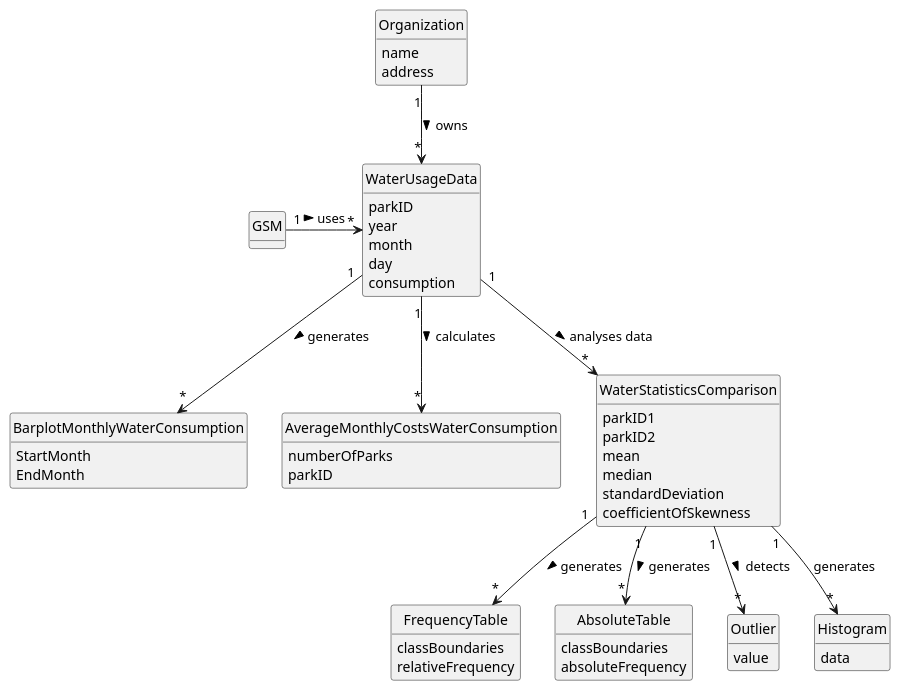
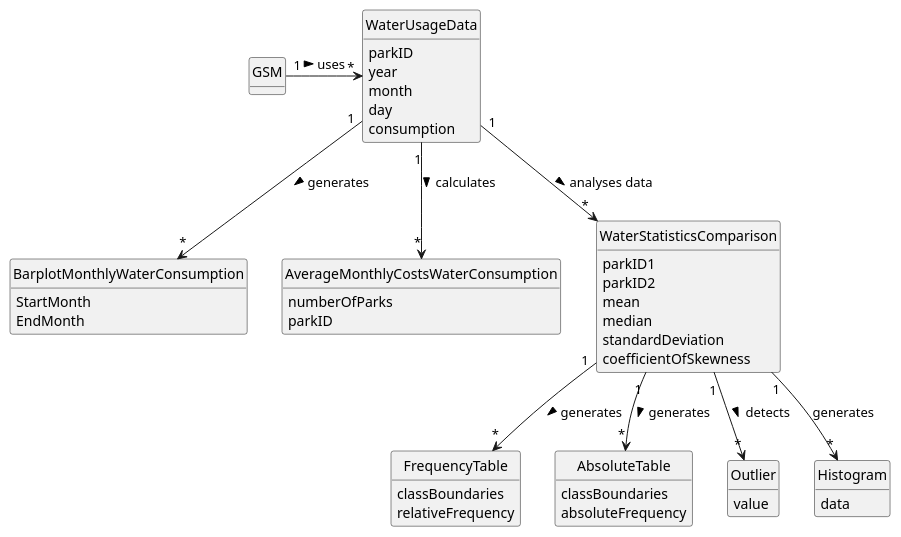
The diagram in docs/sprintB/us009/02.analysis/puml/us009-domain-model.puml (diogoveirospro/lei-24-s2-1dg-g072), drawn with PlantUML before and after one commit. The commit also changed 7 other files, not shown here.

Commit message:
US9's Domain Model US2 and US5's Sequence Diagram and Domain Model - corrections

```diff
--- a/docs/sprintB/us009/02.analysis/puml/us009-domain-model.puml
+++ b/docs/sprintB/us009/02.analysis/puml/us009-domain-model.puml
@@ -1,77 +1,72 @@
 @startuml
 skinparam monochrome true
 skinparam packageStyle rectangle
 skinparam shadowing false
 
 'left to right direction
 
 skinparam classAttributeIconSize 0
 
 hide circle
 hide methods
-
-class Organization {
-    name
-    address
-}
 
 class GSM {
 
 }
 
 class WaterUsageData {
     parkID
     year
     month
     day
     consumption
 }
 
 class BarplotMonthlyWaterConsumption {
     StartMonth
     EndMonth
 }
 
 class AverageMonthlyCostsWaterConsumption {
     numberOfParks
     parkID
 }
 
 class WaterStatisticsComparison {
     parkID1
     parkID2
     mean
     median
     standardDeviation
     coefficientOfSkewness
 }
 
 class FrequencyTable {
     classBoundaries
     relativeFrequency
 }
 
 class AbsoluteTable {
     classBoundaries
     absoluteFrequency
 }
 
 class Outlier {
     value
 }
 
 class Histogram {
     data
 }
 
-Organization "1" --> "*" WaterUsageData : owns >
+
 GSM "1" -> "*" WaterUsageData : uses >
 WaterUsageData "1" --> "*" BarplotMonthlyWaterConsumption : generates >
 WaterUsageData "1" --> "*" AverageMonthlyCostsWaterConsumption : calculates >
 WaterUsageData "1" --> "*" WaterStatisticsComparison : analyses data >
 WaterStatisticsComparison "1" --> "*" FrequencyTable : generates >
 WaterStatisticsComparison "1" --> "*" AbsoluteTable : generates >
 WaterStatisticsComparison "1" --> "*" Outlier : detects >
 WaterStatisticsComparison "1" --> "*" Histogram : generates
 
 @enduml
```
